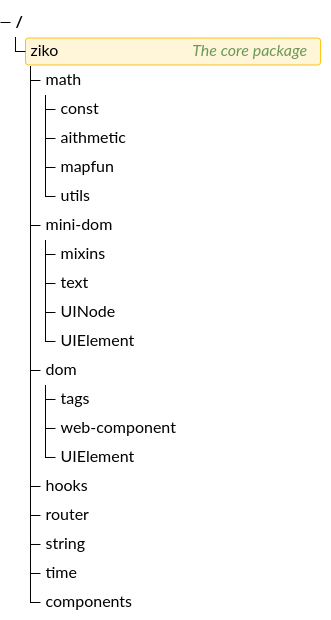
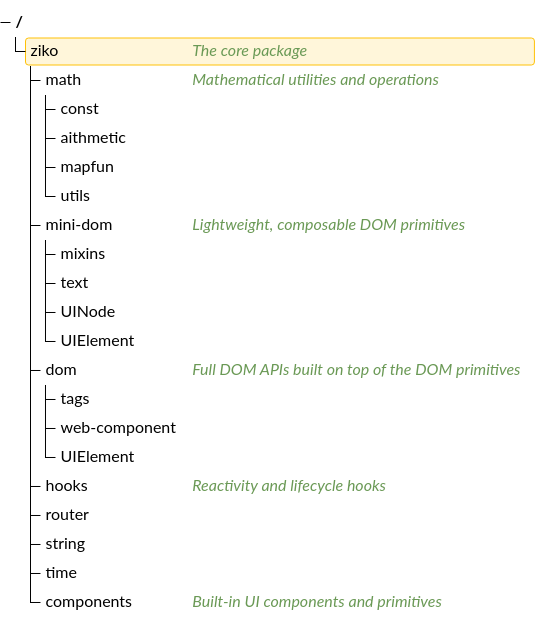
Before and after one commit to zikojs/ziko: the diagram in README.md, drawn with Mermaid. The commit also changed other lines of this file, not shown here.

````diff
--- a/README.md
+++ b/README.md
@@ -5,23 +56,23 @@
 ```mermaid
 treeView-beta
     ziko :::highlight ## The core package
-        math
+        math ## Mathematical utilities and operations
             const
             aithmetic
             mapfun
             utils
-        mini-dom ##
+        mini-dom ## Lightweight, composable DOM primitives
             mixins
             text
             UINode
             UIElement
-        dom ##
+        dom ## Full DOM APIs built on top of the DOM primitives
             tags
             web-component
             UIElement
-        hooks
+        hooks ## Reactivity and lifecycle hooks
         router
         string
         time
-        components
+        components ## Built-in UI components and primitives
 ```
````
